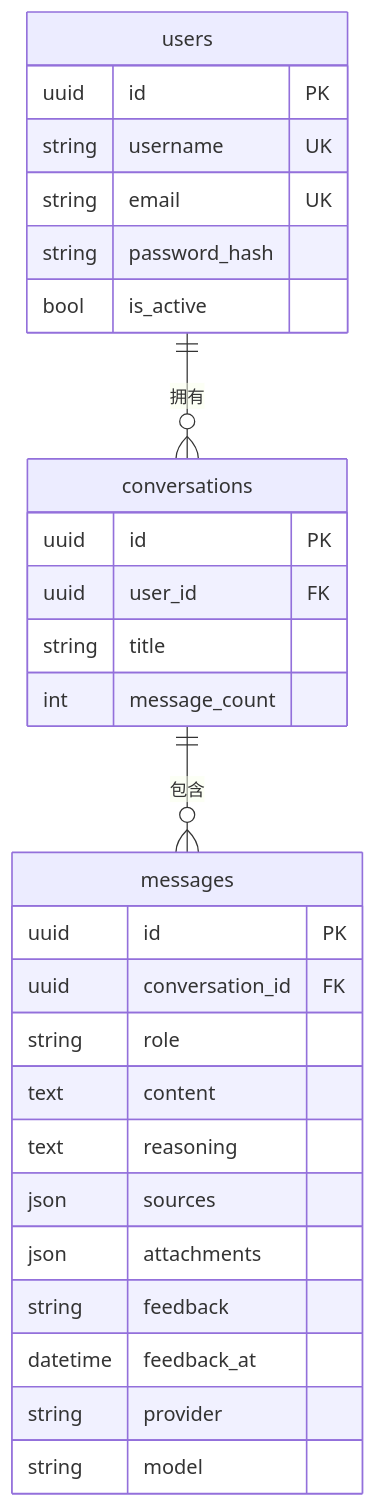
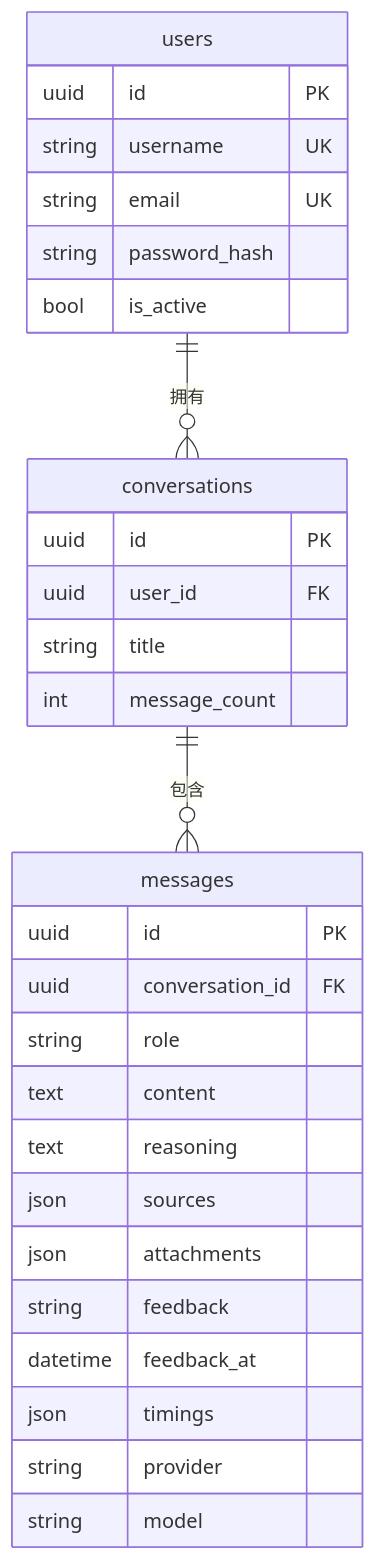
The diagram in docs/database.md (HoarHam/Bidding_QA_Chatbot), drawn with Mermaid before and after one commit. The commit also changed other lines of this file and 16 other files, not shown here.

````diff
--- a/docs/database.md
+++ b/docs/database.md
@@ -73,32 +73,33 @@
 ```mermaid
 erDiagram
     users ||--o{ conversations : 拥有
     conversations ||--o{ messages : 包含
 
     users {
         uuid id PK
         string username UK
         string email UK
         string password_hash
         bool is_active
     }
     conversations {
         uuid id PK
         uuid user_id FK
         string title
         int message_count
     }
     messages {
         uuid id PK
         uuid conversation_id FK
         string role
         text content
         text reasoning
         json sources
         json attachments
         string feedback
         datetime feedback_at
+        json timings
         string provider
         string model
     }
 ```
````
